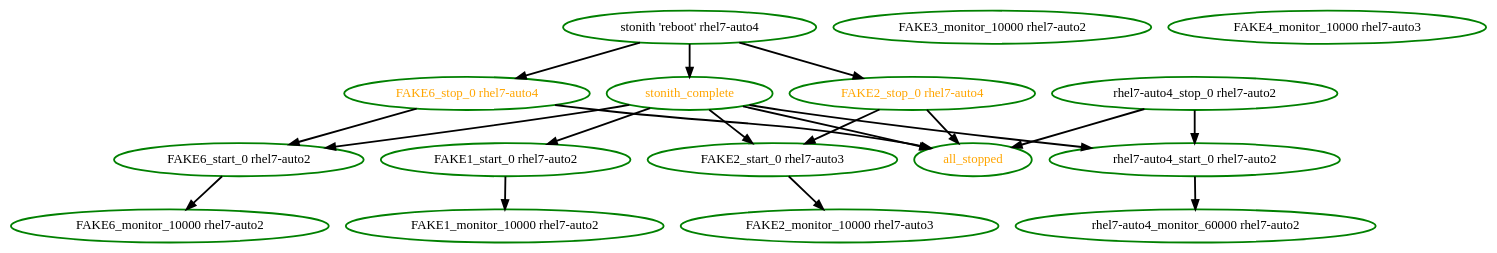
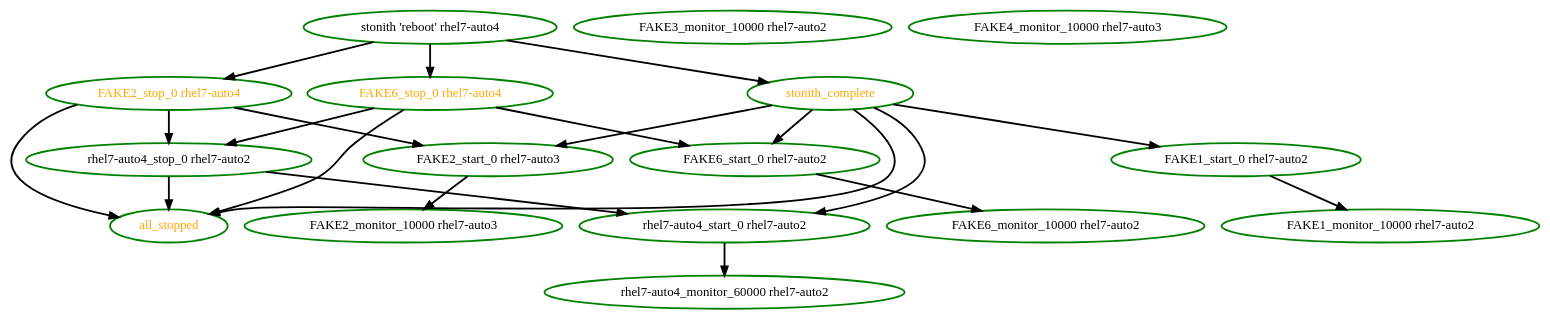
One commit to ClusterLabs/pacemaker changed the diagram in pengine/test10/remote-recover-fail.dot. Above: the diagram before and after it, drawn with Graphviz. The commit also changed 8 other files, not shown here.

```diff
--- a/pengine/test10/remote-recover-fail.dot
+++ b/pengine/test10/remote-recover-fail.dot
@@ -1,36 +1,38 @@
  digraph "g" {
 "FAKE1_monitor_10000 rhel7-auto2" [ style=bold color="green" fontcolor="black"]
 "FAKE1_start_0 rhel7-auto2" -> "FAKE1_monitor_10000 rhel7-auto2" [ style = bold]
 "FAKE1_start_0 rhel7-auto2" [ style=bold color="green" fontcolor="black"]
 "FAKE2_monitor_10000 rhel7-auto3" [ style=bold color="green" fontcolor="black"]
 "FAKE2_start_0 rhel7-auto3" -> "FAKE2_monitor_10000 rhel7-auto3" [ style = bold]
 "FAKE2_start_0 rhel7-auto3" [ style=bold color="green" fontcolor="black"]
 "FAKE2_stop_0 rhel7-auto4" -> "FAKE2_start_0 rhel7-auto3" [ style = bold]
 "FAKE2_stop_0 rhel7-auto4" -> "all_stopped" [ style = bold]
+"FAKE2_stop_0 rhel7-auto4" -> "rhel7-auto4_stop_0 rhel7-auto2" [ style = bold]
 "FAKE2_stop_0 rhel7-auto4" [ style=bold color="green" fontcolor="orange"]
 "FAKE3_monitor_10000 rhel7-auto2" [ style=bold color="green" fontcolor="black"]
 "FAKE4_monitor_10000 rhel7-auto3" [ style=bold color="green" fontcolor="black"]
 "FAKE6_monitor_10000 rhel7-auto2" [ style=bold color="green" fontcolor="black"]
 "FAKE6_start_0 rhel7-auto2" -> "FAKE6_monitor_10000 rhel7-auto2" [ style = bold]
 "FAKE6_start_0 rhel7-auto2" [ style=bold color="green" fontcolor="black"]
 "FAKE6_stop_0 rhel7-auto4" -> "FAKE6_start_0 rhel7-auto2" [ style = bold]
 "FAKE6_stop_0 rhel7-auto4" -> "all_stopped" [ style = bold]
+"FAKE6_stop_0 rhel7-auto4" -> "rhel7-auto4_stop_0 rhel7-auto2" [ style = bold]
 "FAKE6_stop_0 rhel7-auto4" [ style=bold color="green" fontcolor="orange"]
 "all_stopped" [ style=bold color="green" fontcolor="orange"]
 "rhel7-auto4_monitor_60000 rhel7-auto2" [ style=bold color="green" fontcolor="black"]
 "rhel7-auto4_start_0 rhel7-auto2" -> "rhel7-auto4_monitor_60000 rhel7-auto2" [ style = bold]
 "rhel7-auto4_start_0 rhel7-auto2" [ style=bold color="green" fontcolor="black"]
 "rhel7-auto4_stop_0 rhel7-auto2" -> "all_stopped" [ style = bold]
 "rhel7-auto4_stop_0 rhel7-auto2" -> "rhel7-auto4_start_0 rhel7-auto2" [ style = bold]
 "rhel7-auto4_stop_0 rhel7-auto2" [ style=bold color="green" fontcolor="black"]
 "stonith 'reboot' rhel7-auto4" -> "FAKE2_stop_0 rhel7-auto4" [ style = bold]
 "stonith 'reboot' rhel7-auto4" -> "FAKE6_stop_0 rhel7-auto4" [ style = bold]
 "stonith 'reboot' rhel7-auto4" -> "stonith_complete" [ style = bold]
 "stonith 'reboot' rhel7-auto4" [ style=bold color="green" fontcolor="black"]
 "stonith_complete" -> "FAKE1_start_0 rhel7-auto2" [ style = bold]
 "stonith_complete" -> "FAKE2_start_0 rhel7-auto3" [ style = bold]
 "stonith_complete" -> "FAKE6_start_0 rhel7-auto2" [ style = bold]
 "stonith_complete" -> "all_stopped" [ style = bold]
 "stonith_complete" -> "rhel7-auto4_start_0 rhel7-auto2" [ style = bold]
 "stonith_complete" [ style=bold color="green" fontcolor="orange"]
 }
```
